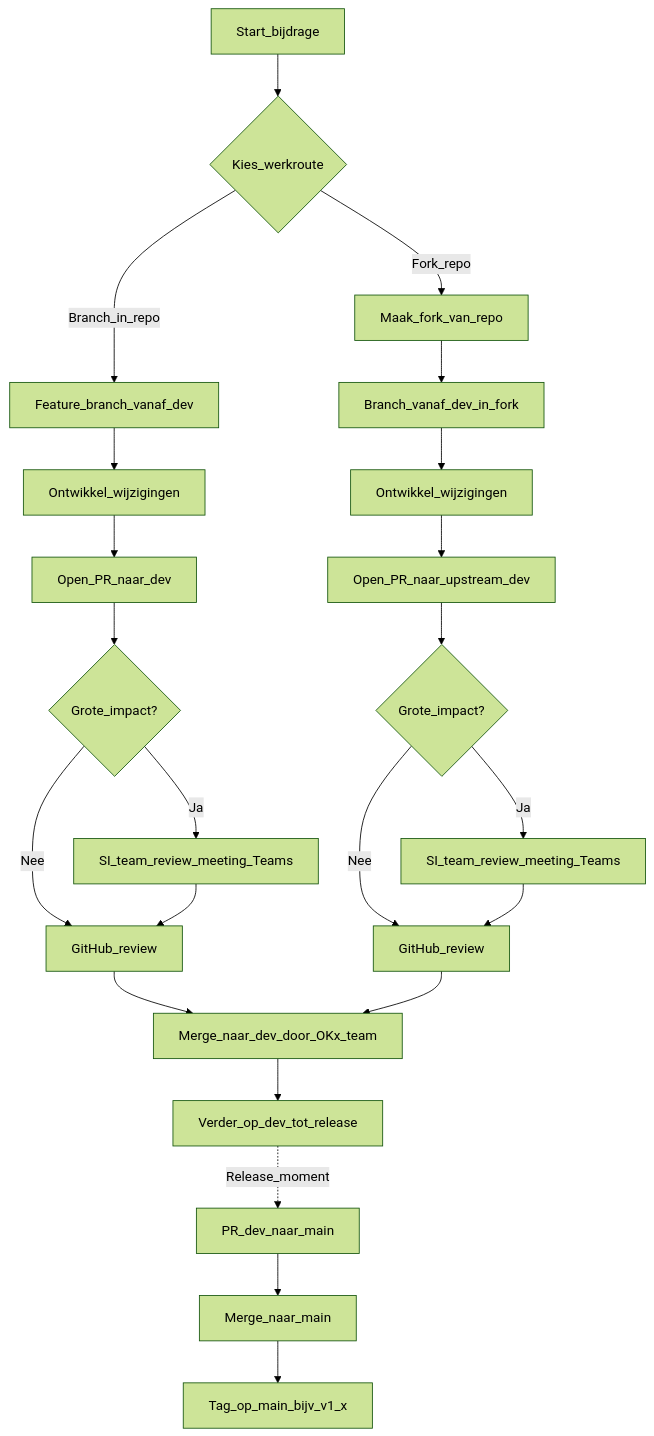
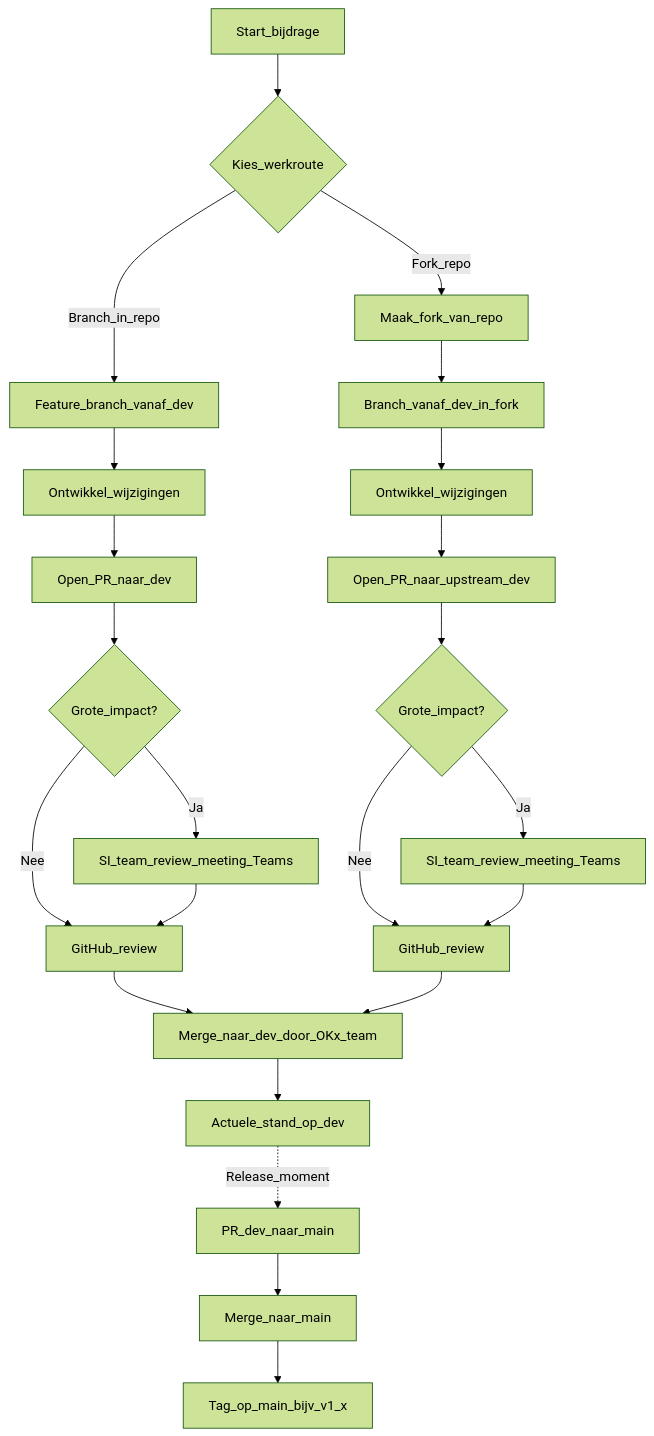
The diagram in CONTRIBUTING.md (Npuls-OKx/meta), drawn with Mermaid (forest theme) before and after one commit. The commit also changed other lines of this file and 3 other files, not shown here.

````diff
--- a/CONTRIBUTING.md
+++ b/CONTRIBUTING.md
@@ -63,28 +62,28 @@
 ```mermaid
 flowchart TD
   start[Start_bijdrage] --> choose{Kies_werkroute}
 
   choose -->|Branch_in_repo| branchCreate[Feature_branch_vanaf_dev]
   branchCreate --> work[Ontwikkel_wijzigingen]
   work --> prDev[Open_PR_naar_dev]
   prDev --> impact{Grote_impact?}
   impact -->|Nee| review[GitHub_review]
   impact -->|Ja| siReview[SI_team_review_meeting_Teams]
   siReview --> review
   review --> mergeDev[Merge_naar_dev_door_OKx_team]
-  mergeDev --> endDev[Verder_op_dev_tot_release]
+  mergeDev --> endDev[Actuele_stand_op_dev]
 
   choose -->|Fork_repo| fork[Maak_fork_van_repo]
   fork --> forkBranch[Branch_vanaf_dev_in_fork]
   forkBranch --> forkWork[Ontwikkel_wijzigingen]
   forkWork --> forkPr[Open_PR_naar_upstream_dev]
   forkPr --> impact2{Grote_impact?}
   impact2 -->|Nee| review2[GitHub_review]
   impact2 -->|Ja| siReview2[SI_team_review_meeting_Teams]
   siReview2 --> review2
   review2 --> mergeDev
 
   endDev -.->|Release_moment| prMain[PR_dev_naar_main]
   prMain --> mergeMain[Merge_naar_main]
   mergeMain --> tag[Tag_op_main_bijv_v1_x]
 ```
````
